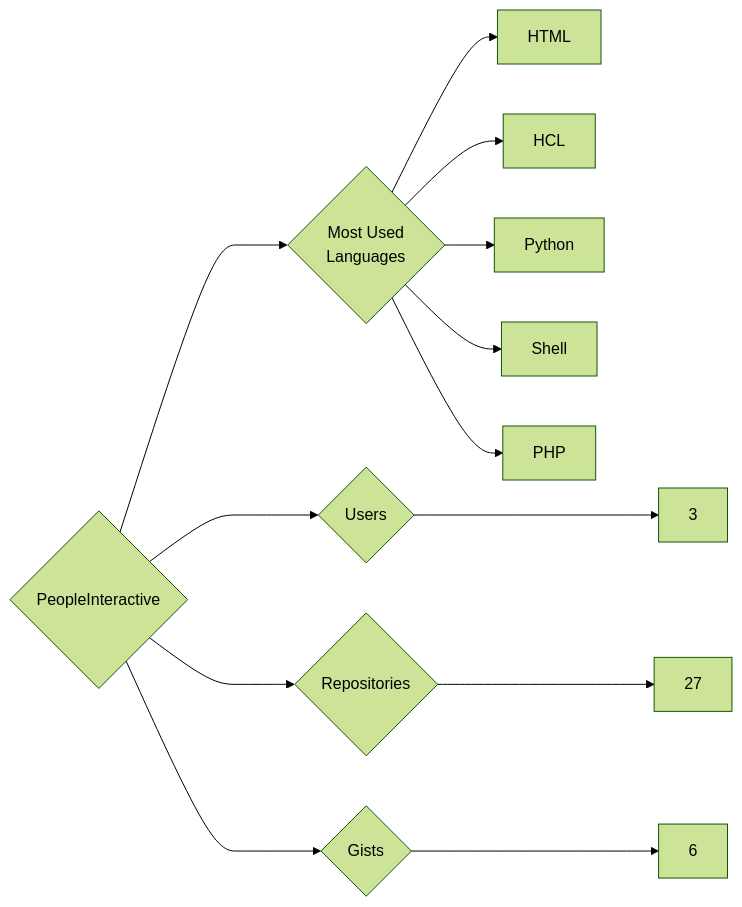
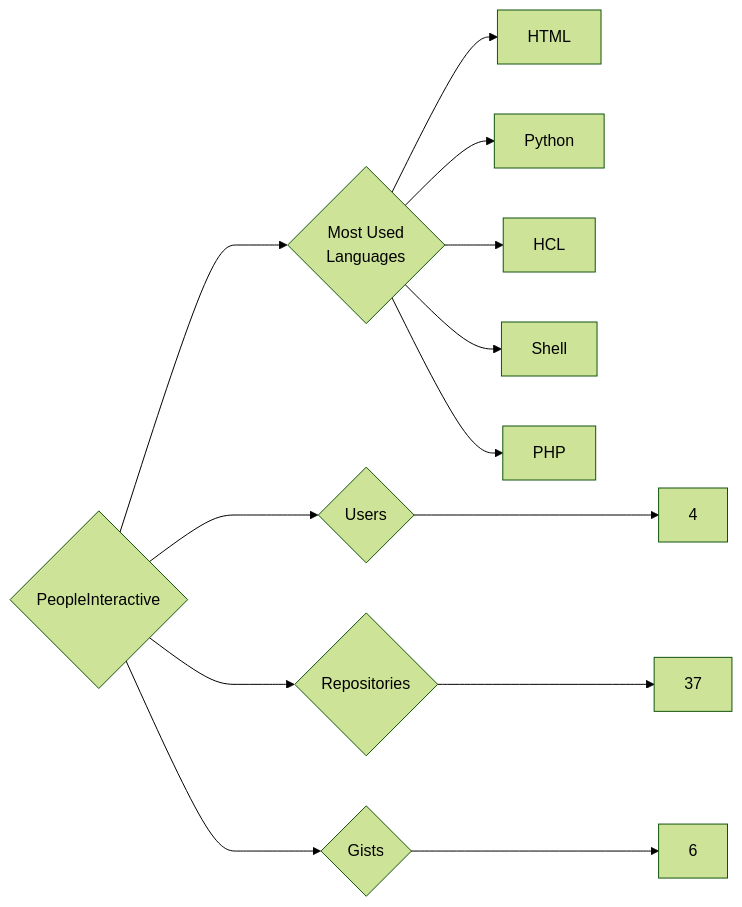
Before and after one commit to trickest/insiders: the diagram in targets/PeopleInteractive/README.md, drawn with Mermaid (forest theme). The commit also changed 948 other files, not shown here.

````diff
--- a/targets/PeopleInteractive/README.md
+++ b/targets/PeopleInteractive/README.md
@@ -3,13 +3,13 @@
 ```mermaid
 graph LR
 COMPANY_NAME{PeopleInteractive}
-COMPANY_NAME ---> U{Users} ---> UN[3]
-COMPANY_NAME ---> R{Repositories} ---> RN[27]
+COMPANY_NAME ---> U{Users} ---> UN[4]
+COMPANY_NAME ---> R{Repositories} ---> RN[37]
 COMPANY_NAME ---> G{Gists} ---> GN[6]
 COMPANY_NAME ---> ML{Most Used<br>Languages}
 ML --> HTML[HTML]
+ML --> Python[Python]
 ML --> HCL[HCL]
-ML --> Python[Python]
 ML --> Shell[Shell]
 ML --> PHP[PHP]
 ```
````
